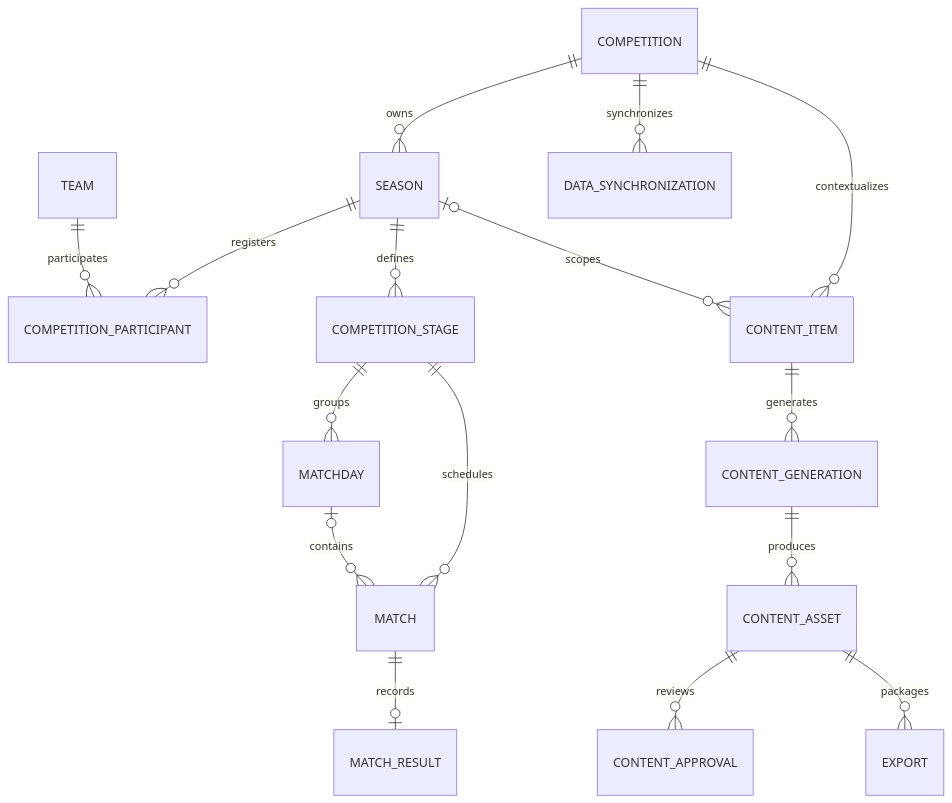
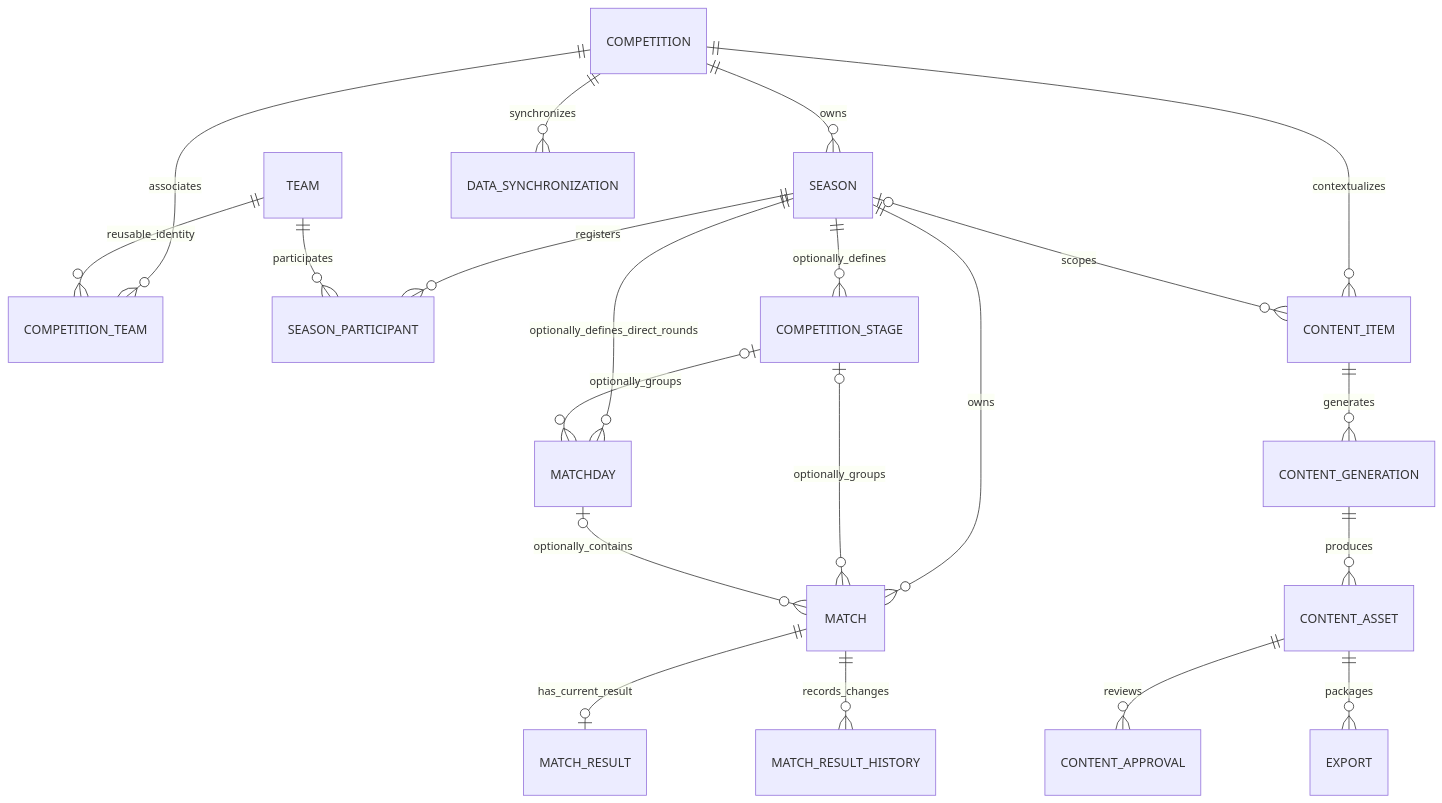
The diagram in docs/design/PD-ARCH-01/target-domain-model.md (wcorderolara/el-deporte-rey-ai), drawn with Mermaid before and after one commit. The commit also changed other lines of this file and 54 other files, not shown here.

````diff
--- a/docs/design/PD-ARCH-01/target-domain-model.md
+++ b/docs/design/PD-ARCH-01/target-domain-model.md
@@ -28,18 +30,23 @@
 ```mermaid
 erDiagram
   COMPETITION ||--o{ SEASON : owns
-  SEASON ||--o{ COMPETITION_PARTICIPANT : registers
-  TEAM ||--o{ COMPETITION_PARTICIPANT : participates
-  SEASON ||--o{ COMPETITION_STAGE : defines
-  COMPETITION_STAGE ||--o{ MATCHDAY : groups
-  COMPETITION_STAGE ||--o{ MATCH : schedules
-  MATCHDAY o|--o{ MATCH : contains
-  MATCH ||--o| MATCH_RESULT : records
+  COMPETITION ||--o{ COMPETITION_TEAM : associates
+  TEAM ||--o{ COMPETITION_TEAM : reusable_identity
+  SEASON ||--o{ SEASON_PARTICIPANT : registers
+  TEAM ||--o{ SEASON_PARTICIPANT : participates
+  SEASON ||--o{ COMPETITION_STAGE : optionally_defines
+  SEASON ||--o{ MATCHDAY : optionally_defines_direct_rounds
+  COMPETITION_STAGE o|--o{ MATCHDAY : optionally_groups
+  SEASON ||--o{ MATCH : owns
+  COMPETITION_STAGE o|--o{ MATCH : optionally_groups
+  MATCHDAY o|--o{ MATCH : optionally_contains
+  MATCH ||--o| MATCH_RESULT : has_current_result
+  MATCH ||--o{ MATCH_RESULT_HISTORY : records_changes
   COMPETITION ||--o{ DATA_SYNCHRONIZATION : synchronizes
   COMPETITION ||--o{ CONTENT_ITEM : contextualizes
   SEASON o|--o{ CONTENT_ITEM : scopes
   CONTENT_ITEM ||--o{ CONTENT_GENERATION : generates
   CONTENT_GENERATION ||--o{ CONTENT_ASSET : produces
   CONTENT_ASSET ||--o{ CONTENT_APPROVAL : reviews
   CONTENT_ASSET ||--o{ EXPORT : packages
 ```
````
